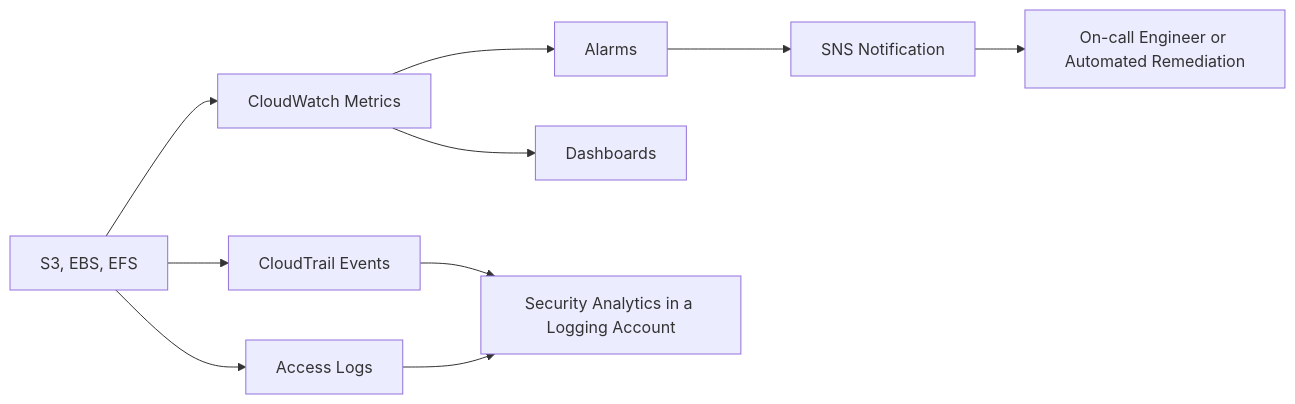
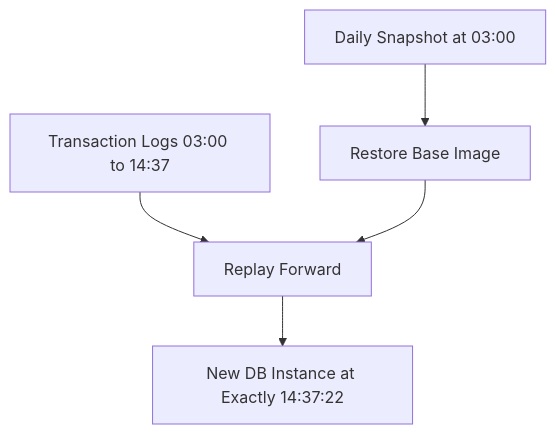
One commit to norbutlepcha25/dso303 changed diagram 12 of 35 in docs/unit1/topic5.md. Above: the diagram before and after it, drawn with Mermaid. The commit also changed other lines of this file and 945 other files, not shown here.

````diff
--- a/docs/unit1/topic5.md
+++ b/docs/unit1/topic5.md
@@ -1373,12 +594,7 @@
 ```mermaid
-graph LR
-    A["S3, EBS, EFS"] --> B["CloudWatch Metrics"]
-    A --> C["CloudTrail Events"]
-    A --> D["Access Logs"]
-    B --> E["Alarms"]
-    B --> F["Dashboards"]
-    C --> G["Security Analytics in a Logging Account"]
-    D --> G
-    E --> H["SNS Notification"]
-    H --> I["On-call Engineer or Automated Remediation"]
+graph TD
+    A["Daily Snapshot at 03:00"] --> B["Restore Base Image"]
+    C["Transaction Logs 03:00 to 14:37"] --> D["Replay Forward"]
+    B --> D
+    D --> E["New DB Instance at Exactly 14:37:22"]
 ```
````
